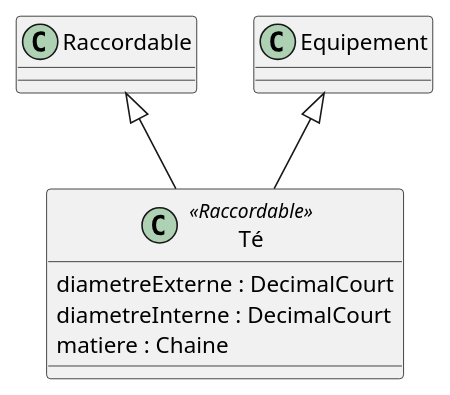
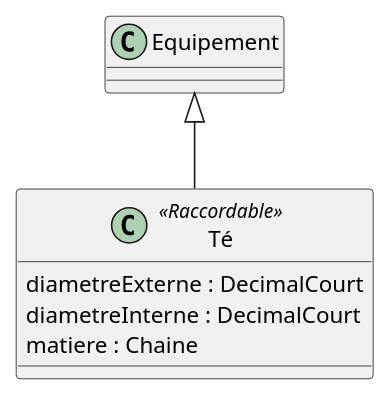
One commit to beerfactory/brewbox-uml changed the diagram in te.iuml. Above: the diagram before and after it, drawn with PlantUML. The commit also changed 2 other files, not shown here.

Commit message:
Isolation de la relation Raccordable <|-- Té

```diff
--- a/te.iuml
+++ b/te.iuml
@@ -1,8 +1,7 @@
 class Té <<Raccordable>> {
     diametreExterne : DecimalCourt
     diametreInterne : DecimalCourt
     matiere : Chaine
 }
 
-Raccordable <|-- Té
 Equipement <|-- Té
```
